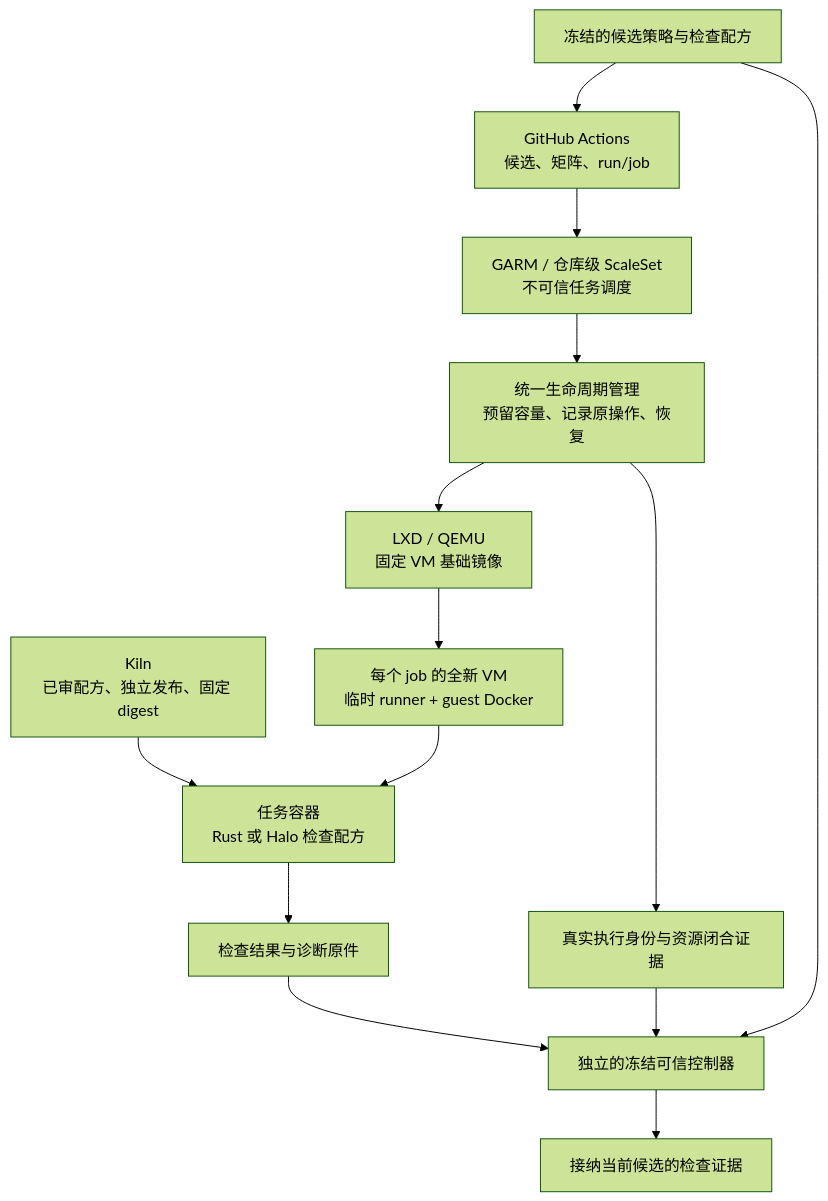
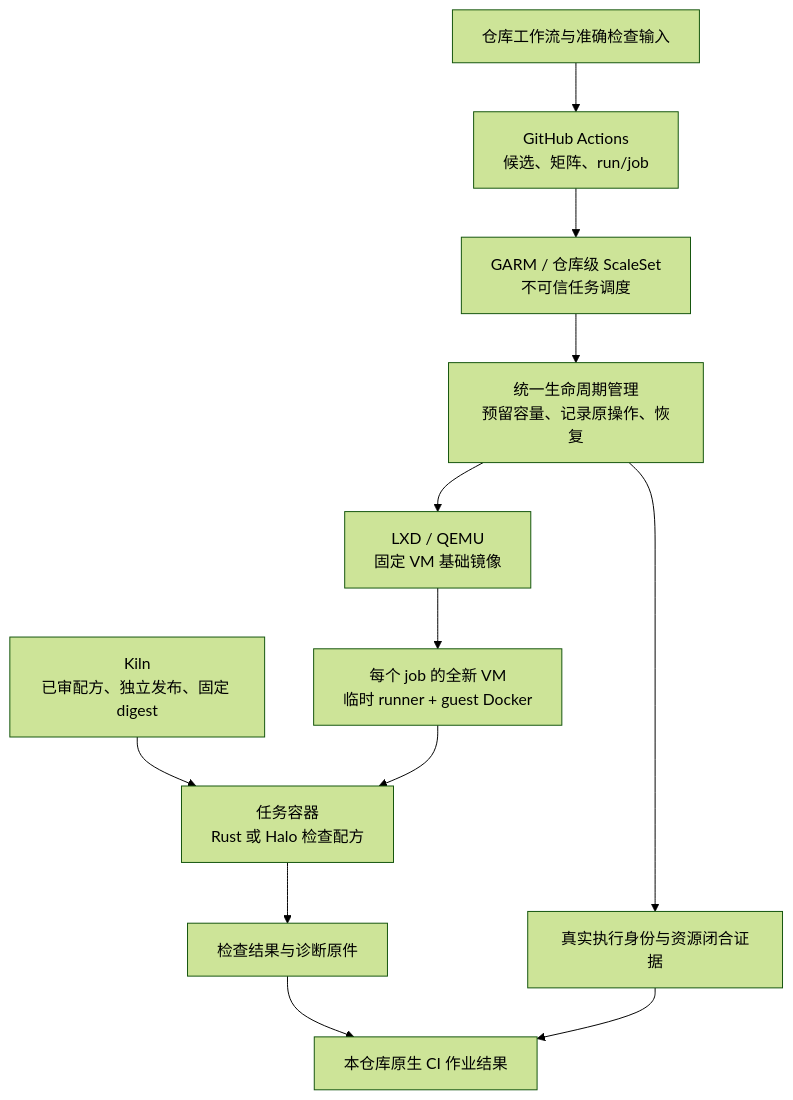
One commit to headironc/designs changed the diagram in ci-architecture.md. Above: the diagram before and after it, drawn with Mermaid (forest theme). The commit also changed other lines of this file and 33 other files, not shown here.

````diff
--- a/ci-architecture.md
+++ b/ci-architecture.md
@@ -423,16 +45,14 @@
 ```mermaid
 flowchart TD
-    Policy["冻结的候选策略与检查配方"] --> Actions["GitHub Actions<br/>候选、矩阵、run/job"]
+    Policy["仓库工作流与准确检查输入"] --> Actions["GitHub Actions<br/>候选、矩阵、run/job"]
     Actions --> GARM["GARM / 仓库级 ScaleSet<br/>不可信任务调度"]
     GARM --> Lifecycle["统一生命周期管理<br/>预留容量、记录原操作、恢复"]
     Lifecycle --> LXD["LXD / QEMU<br/>固定 VM 基础镜像"]
     LXD --> VM["每个 job 的全新 VM<br/>临时 runner + guest Docker"]
     Kiln["Kiln<br/>已审配方、独立发布、固定 digest"] --> Container["任务容器<br/>Rust 或 Halo 检查配方"]
     VM --> Container
     Container --> Evidence["检查结果与诊断原件"]
     Lifecycle --> Closure["真实执行身份与资源闭合证据"]
-    Evidence --> Gate["独立的冻结可信控制器"]
-    Closure --> Gate
-    Policy --> Gate
-    Gate --> Admission["接纳当前候选的检查证据"]
+    Evidence --> Result["本仓库原生 CI 作业结果"]
+    Closure --> Result
 ```
````
